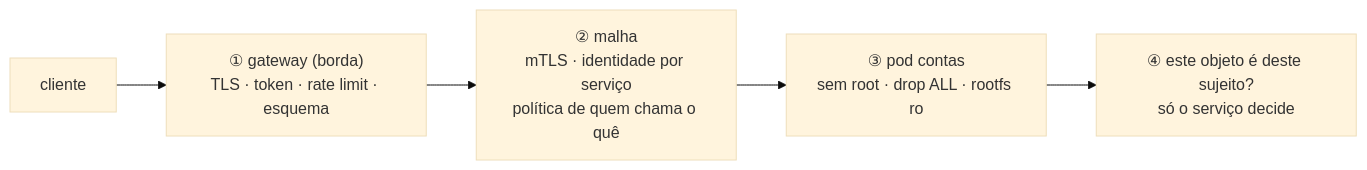
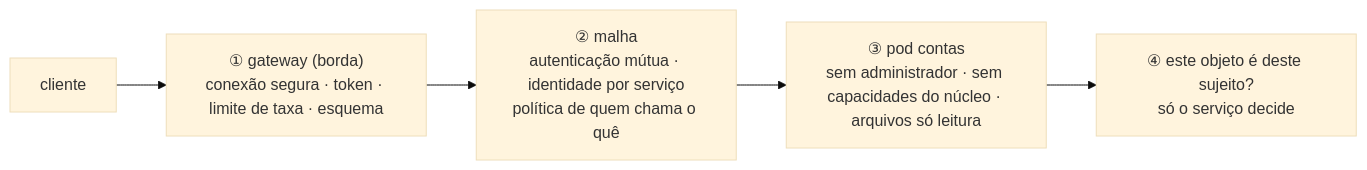
Before and after one commit to CosmIA-Lab/LAB-SDLC-IA-SEC: the first of 2 diagrams in 09-seguranca-de-apis/dissertacao-modelo.md, drawn with Mermaid (base theme). The commit also changed other lines of this file and 8 other files, not shown here.

````diff
--- a/09-seguranca-de-apis/dissertacao-modelo.md
+++ b/09-seguranca-de-apis/dissertacao-modelo.md
@@ -34,4 +34,4 @@
 ```mermaid
 flowchart LR
-    CL["cliente"] --> G["① gateway (borda)<br/>TLS · token · rate limit · esquema"] --> M["② malha<br/>mTLS · identidade por serviço<br/>política de quem chama o quê"] --> P1["③ pod contas<br/>sem root · drop ALL · rootfs ro"] --> DEC["④ este objeto é deste sujeito?<br/>só o serviço decide"]
+    CL["cliente"] --> G["① gateway (borda)<br/>conexão segura · token · limite de taxa · esquema"] --> M["② malha<br/>autenticação mútua · identidade por serviço<br/>política de quem chama o quê"] --> P1["③ pod contas<br/>sem administrador · sem capacidades do núcleo · arquivos só leitura"] --> DEC["④ este objeto é deste sujeito?<br/>só o serviço decide"]
 ```
````
